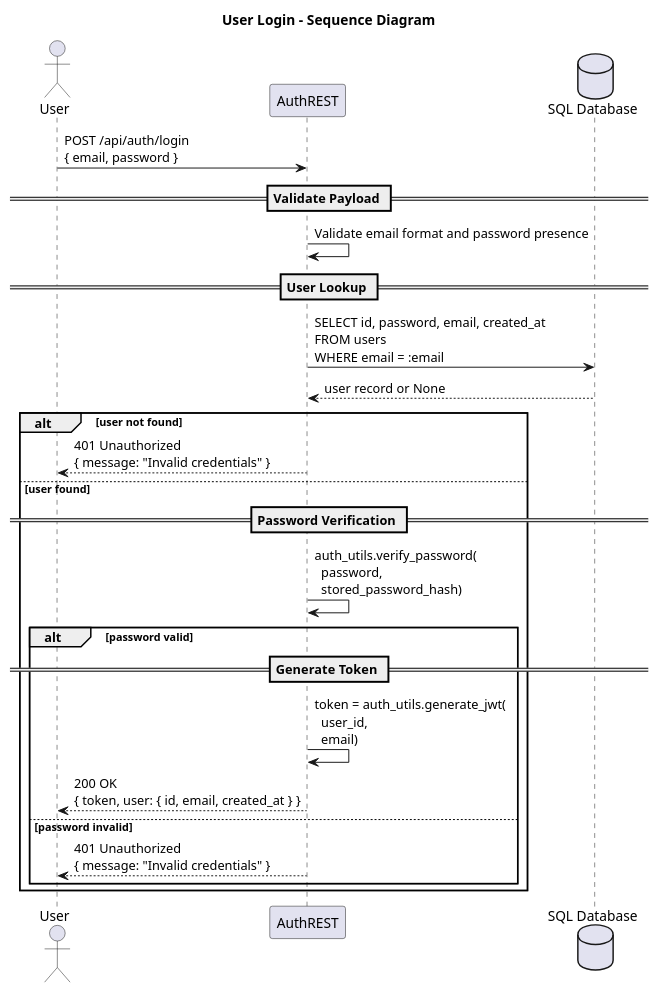
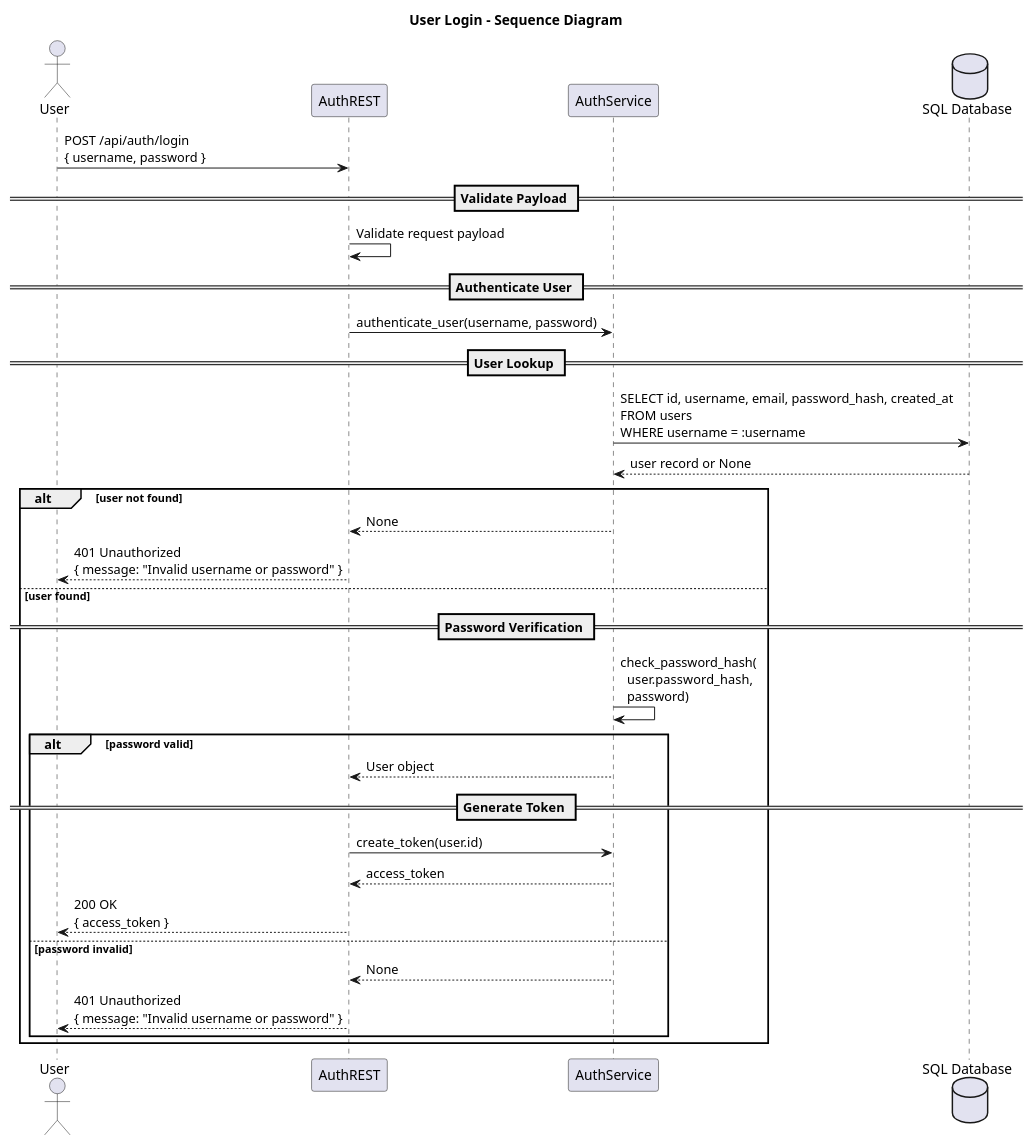
The diagram in docs/uml/sequence_diagram_login.puml (PhilippXXY/ticker-cal-tracker), drawn with PlantUML before and after one commit. The commit also changed 6 other files, not shown here.

Commit message:
Update UML diagrams to reflect recent changes

```diff
--- a/docs/uml/sequence_diagram_login.puml
+++ b/docs/uml/sequence_diagram_login.puml
@@ -1,33 +1,42 @@
 @startuml sequence_diagram_login
 title User Login - Sequence Diagram
 
 actor User
 participant "AuthREST" as REST
+participant "AuthService" as SVC
 database "SQL Database" as DB
 
 
-User -> REST: POST /api/auth/login\n{ email, password }
+User -> REST: POST /api/auth/login\n{ username, password }
 
 == Validate Payload ==
-REST -> REST: Validate email format and password presence
+REST -> REST: Validate request payload
+
+== Authenticate User ==
+REST -> SVC: authenticate_user(username, password)
 
 == User Lookup ==
-REST -> DB: SELECT id, password, email, created_at\nFROM users\nWHERE email = :email
-DB --> REST: user record or None
+SVC -> DB: SELECT id, username, email, password_hash, created_at\nFROM users\nWHERE username = :username
+DB --> SVC: user record or None
 
 alt user not found
-  REST --> User: 401 Unauthorized\n{ message: "Invalid credentials" }
+  SVC --> REST: None
+  REST --> User: 401 Unauthorized\n{ message: "Invalid username or password" }
 else user found
   == Password Verification ==
-  REST -> REST: auth_utils.verify_password(\n  password,\n  stored_password_hash)
+  SVC -> SVC: check_password_hash(\n  user.password_hash,\n  password)
   
   alt password valid
+    SVC --> REST: User object
+    
     == Generate Token ==
-    REST -> REST: token = auth_utils.generate_jwt(\n  user_id,\n  email)
-    REST --> User: 200 OK\n{ token, user: { id, email, created_at } }
+    REST -> SVC: create_token(user.id)
+    SVC --> REST: access_token
+    REST --> User: 200 OK\n{ access_token }
   else password invalid
-    REST --> User: 401 Unauthorized\n{ message: "Invalid credentials" }
+    SVC --> REST: None
+    REST --> User: 401 Unauthorized\n{ message: "Invalid username or password" }
   end
 end
 
 @enduml
```
